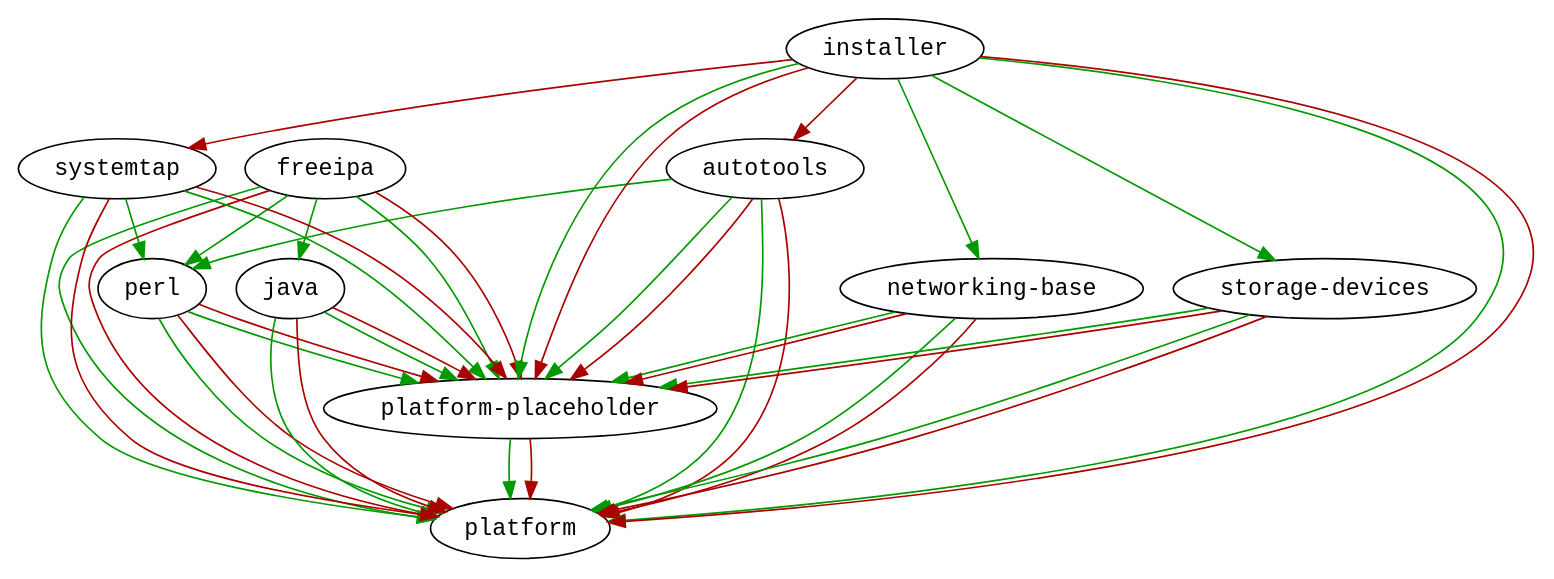
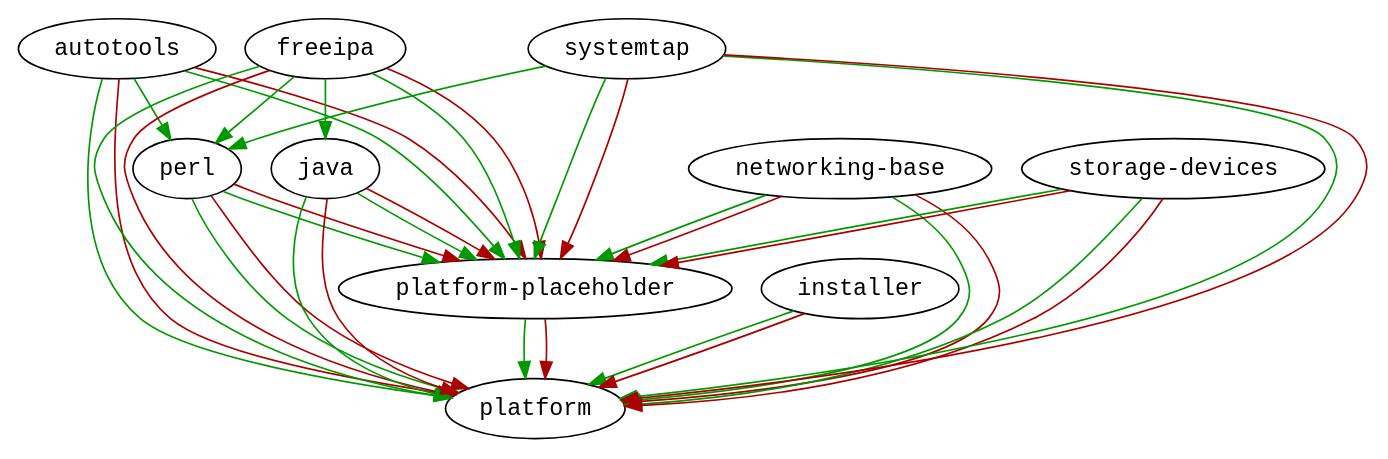
The diagram in img/module-deps.dot (fedora-modularity/dependency-report), drawn with Graphviz before and after one commit. The commit also changed 210 other files, not shown here.

```diff
--- a/img/module-deps.dot
+++ b/img/module-deps.dot
@@ -1,45 +1,39 @@
 digraph G {
   node [fontname=monospace];
   "autotools" -> "platform" [color="#009900"];
   "autotools" -> "perl" [color="#009900"];
   "autotools" -> "platform-placeholder" [color="#009900"];
   "autotools" -> "platform" [color="#aa0000"];
   "autotools" -> "platform-placeholder" [color="#aa0000"];
   "freeipa" -> "platform" [color="#009900"];
   "freeipa" -> "platform-placeholder" [color="#009900"];
   "freeipa" -> "java" [color="#009900"];
   "freeipa" -> "perl" [color="#009900"];
   "freeipa" -> "platform" [color="#aa0000"];
   "freeipa" -> "platform-placeholder" [color="#aa0000"];
   "installer" -> "platform" [color="#009900"];
-  "installer" -> "networking-base" [color="#009900"];
-  "installer" -> "storage-devices" [color="#009900"];
-  "installer" -> "platform-placeholder" [color="#009900"];
   "installer" -> "platform" [color="#aa0000"];
-  "installer" -> "systemtap" [color="#aa0000"];
-  "installer" -> "autotools" [color="#aa0000"];
-  "installer" -> "platform-placeholder" [color="#aa0000"];
   "java" -> "platform" [color="#009900"];
   "java" -> "platform-placeholder" [color="#009900"];
   "java" -> "platform" [color="#aa0000"];
   "java" -> "platform-placeholder" [color="#aa0000"];
   "networking-base" -> "platform" [color="#009900"];
   "networking-base" -> "platform-placeholder" [color="#009900"];
   "networking-base" -> "platform" [color="#aa0000"];
   "networking-base" -> "platform-placeholder" [color="#aa0000"];
   "perl" -> "platform" [color="#009900"];
   "perl" -> "platform-placeholder" [color="#009900"];
   "perl" -> "platform" [color="#aa0000"];
   "perl" -> "platform-placeholder" [color="#aa0000"];
   "platform-placeholder" -> "platform" [color="#009900"];
   "platform-placeholder" -> "platform" [color="#aa0000"];
   "storage-devices" -> "platform" [color="#009900"];
   "storage-devices" -> "platform-placeholder" [color="#009900"];
   "storage-devices" -> "platform" [color="#aa0000"];
   "storage-devices" -> "platform-placeholder" [color="#aa0000"];
   "systemtap" -> "platform" [color="#009900"];
   "systemtap" -> "perl" [color="#009900"];
   "systemtap" -> "platform-placeholder" [color="#009900"];
   "systemtap" -> "platform" [color="#aa0000"];
   "systemtap" -> "platform-placeholder" [color="#aa0000"];
 }
```
